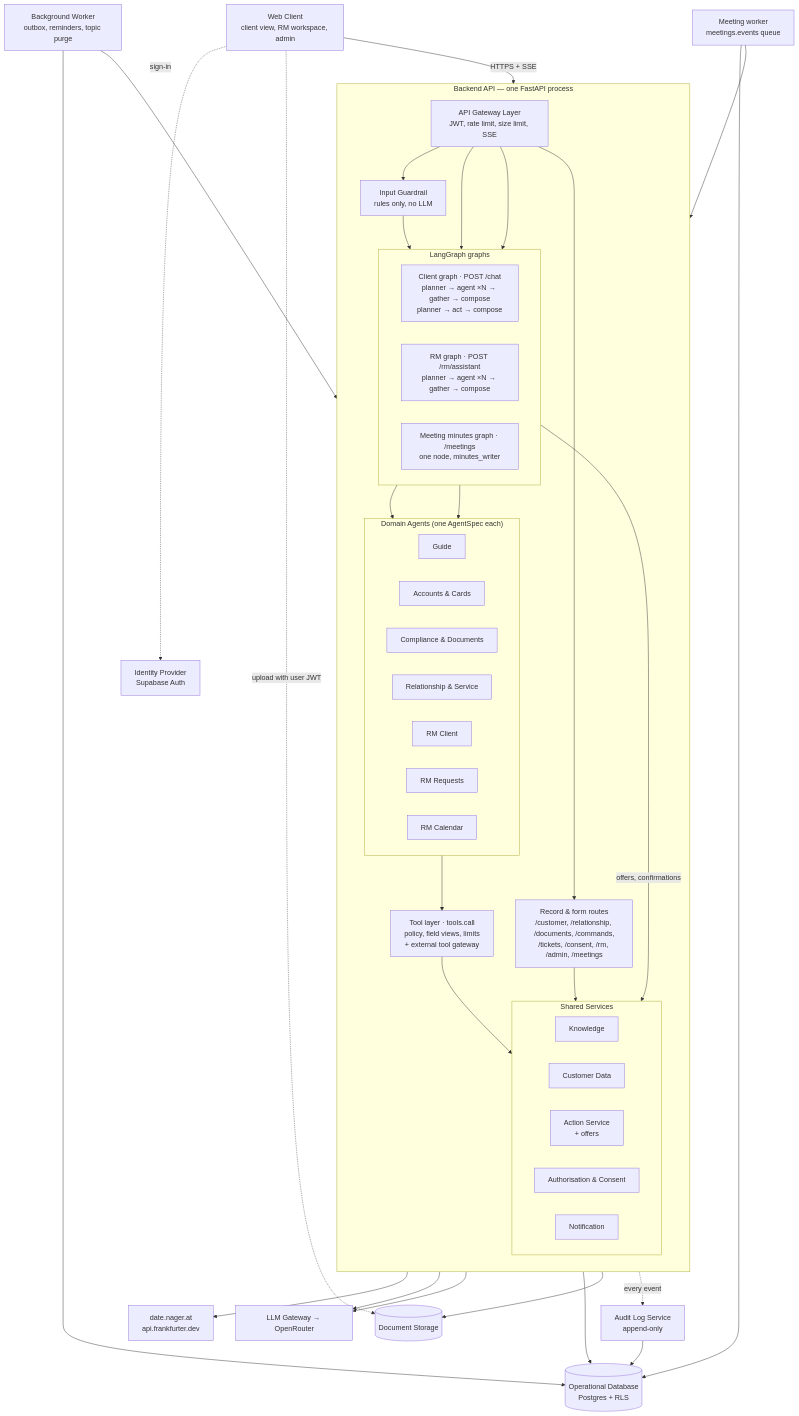
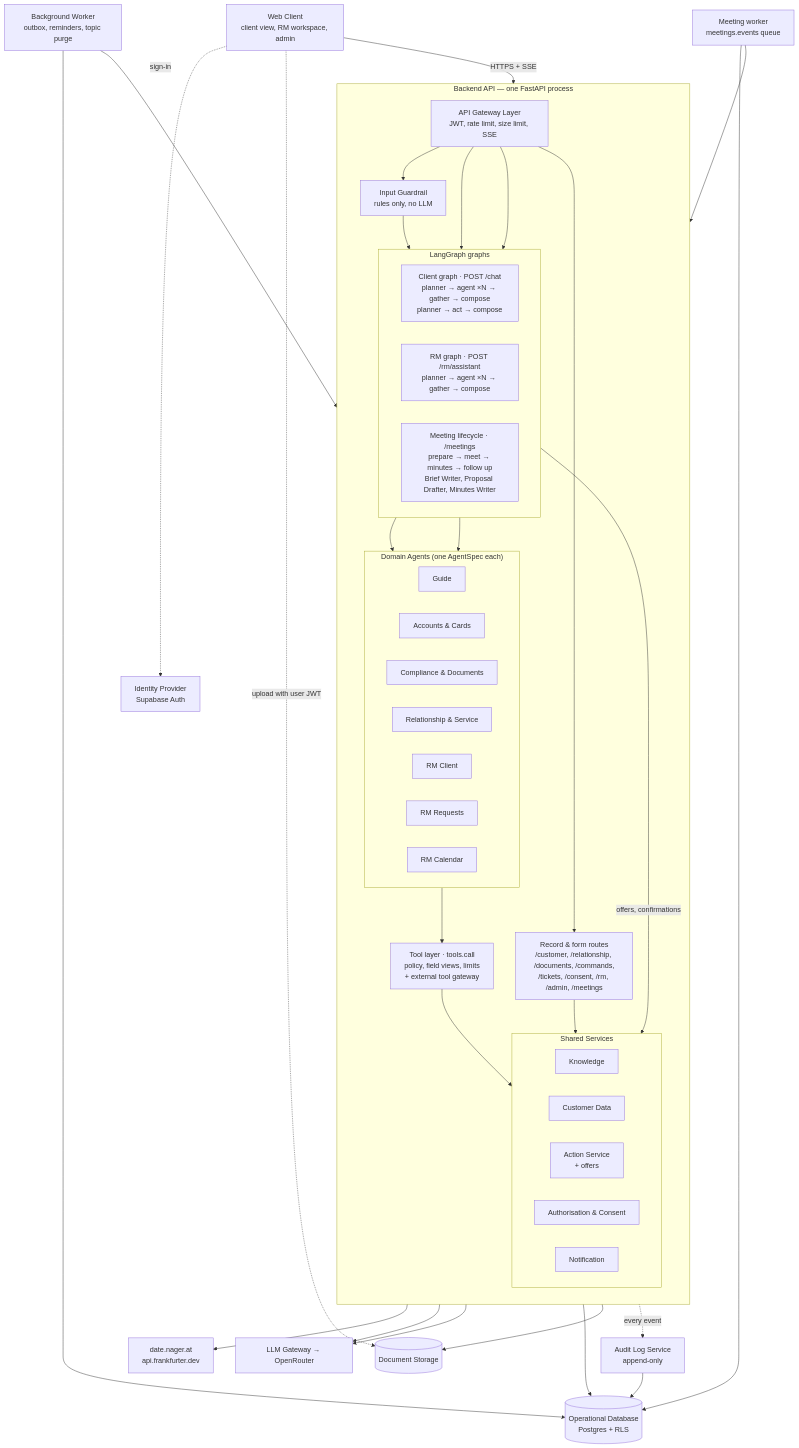
Before and after one commit to deniseLie/IS4000_Group7: the first of 4 diagrams in docs/architecture.md, drawn with Mermaid. The commit also changed other lines of this file and 4 other files, not shown here.

First line of the commit message:
Docs: match the architecture diagram (page V4, bank teams, meeting worker, Approved Actions, MCP tool layer)

````diff
--- a/docs/architecture.md
+++ b/docs/architecture.md
@@ -60,67 +60,67 @@
 ```mermaid
 flowchart TB
   WEB["Web Client<br/>client view, RM workspace, admin"]
   IDP["Identity Provider<br/>Supabase Auth"]
   WORKER["Background Worker<br/>outbox, reminders, topic purge"]
   MWORKER["Meeting worker<br/>meetings.events queue"]
 
   subgraph API["Backend API — one FastAPI process"]
     direction TB
     GW["API Gateway Layer<br/>JWT, rate limit, size limit, SSE"]
     IG["Input Guardrail<br/>rules only, no LLM"]
     subgraph GRAPHS["LangGraph graphs"]
       direction LR
       CG["Client graph · POST /chat<br/>planner → agent ×N → gather → compose<br/>planner → act → compose"]
       RG["RM graph · POST /rm/assistant<br/>planner → agent ×N → gather → compose"]
-      MG["Meeting minutes graph · /meetings<br/>one node, minutes_writer"]
+      MG["Meeting lifecycle · /meetings<br/>prepare → meet → minutes → follow up<br/>Brief Writer, Proposal Drafter, Minutes Writer"]
     end
     subgraph AGENTS["Domain Agents (one AgentSpec each)"]
       direction LR
       A1["Guide"]
       A2["Accounts & Cards"]
       A3["Compliance & Documents"]
       A4["Relationship & Service"]
       R1["RM Client"]
       R2["RM Requests"]
       R3["RM Calendar"]
     end
     TOOLS["Tool layer · tools.call<br/>policy, field views, limits<br/>+ external tool gateway"]
     subgraph SVC["Shared Services"]
       direction LR
       S1["Knowledge"]
       S2["Customer Data"]
       S3["Action Service<br/>+ offers"]
       S4["Authorisation & Consent"]
       S5["Notification"]
     end
     REST["Record & form routes<br/>/customer, /relationship, /documents, /commands,<br/>/tickets, /consent, /rm, /admin, /meetings"]
   end
 
   LLM["LLM Gateway → OpenRouter"]
   EXT["date.nager.at<br/>api.frankfurter.dev"]
   AUDIT["Audit Log Service<br/>append-only"]
   DB[("Operational Database<br/>Postgres + RLS")]
   STORE[("Document Storage")]
 
   WEB -->|HTTPS + SSE| GW
   WEB -.->|sign-in| IDP
   WEB -.->|upload with user JWT| STORE
   GW --> IG --> CG
   GW --> RG
   GW --> MG
   CG --> AGENTS
   RG --> AGENTS
   AGENTS --> TOOLS --> SVC
   TOOLS --> EXT
   CG -->|offers, confirmations| S3
   GRAPHS --> LLM
   AGENTS --> LLM
   GW --> REST --> SVC
   SVC --> DB
   SVC --> STORE
   WORKER --> DB
   WORKER --> S5
   MWORKER --> MG
   MWORKER --> DB
   API -.->|every event| AUDIT --> DB
 ```
````
